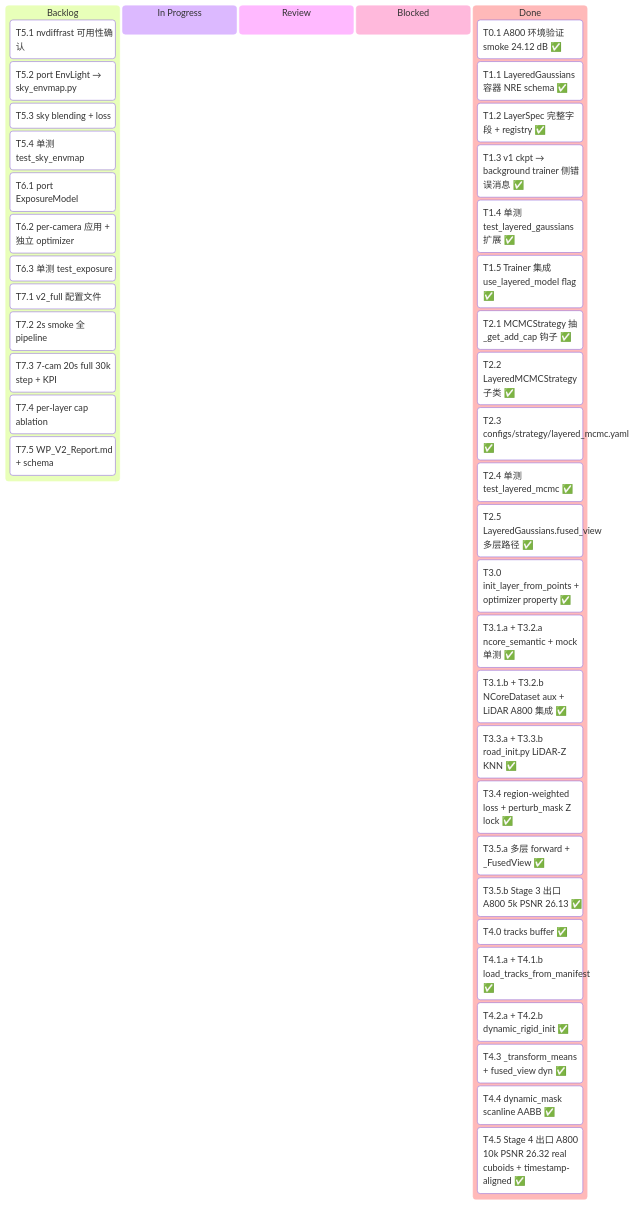
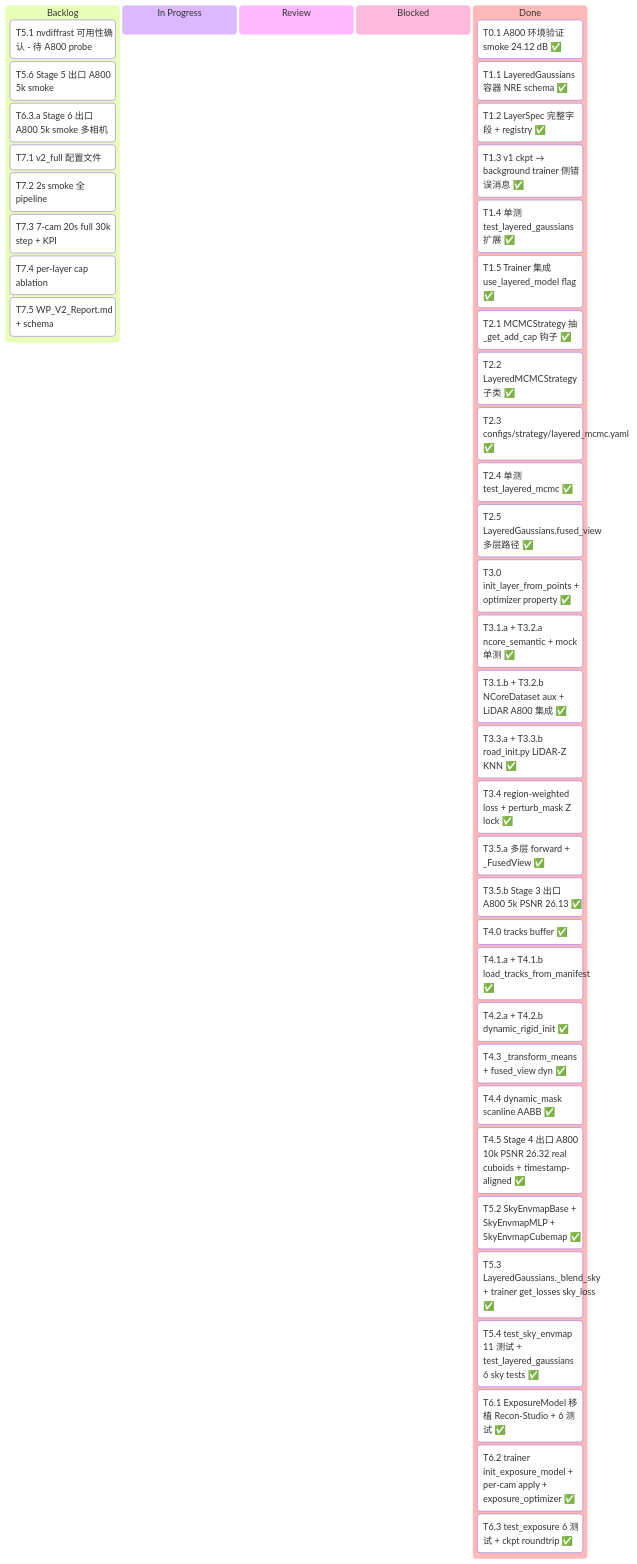
One commit to etendue/3dgrut changed the first of 3 diagrams in v2_plan.md. Above: the diagram before and after it, drawn with Mermaid. The commit also changed other lines of this file and 16 other files, not shown here.

````diff
--- a/v2_plan.md
+++ b/v2_plan.md
@@ -39,44 +39,46 @@
 ```mermaid
 kanban
   Backlog
-    [T5.1 nvdiffrast 可用性确认]
-    [T5.2 port EnvLight → sky_envmap.py]
-    [T5.3 sky blending + loss]
-    [T5.4 单测 test_sky_envmap]
-    [T6.1 port ExposureModel]
-    [T6.2 per-camera 应用 + 独立 optimizer]
-    [T6.3 单测 test_exposure]
+    [T5.1 nvdiffrast 可用性确认 - 待 A800 probe]
+    [T5.6 Stage 5 出口 A800 5k smoke]
+    [T6.3.a Stage 6 出口 A800 5k smoke 多相机]
     [T7.1 v2_full 配置文件]
     [T7.2 2s smoke 全 pipeline]
     [T7.3 7-cam 20s full 30k step + KPI]
     [T7.4 per-layer cap ablation]
     [T7.5 WP_V2_Report.md + schema]
   In Progress
   Review
   Blocked
   Done
     [T0.1 A800 环境验证 smoke 24.12 dB ✅]
     [T1.1 LayeredGaussians 容器 NRE schema ✅]
     [T1.2 LayerSpec 完整字段 + registry ✅]
     [T1.3 v1 ckpt → background trainer 侧错误消息 ✅]
     [T1.4 单测 test_layered_gaussians 扩展 ✅]
     [T1.5 Trainer 集成 use_layered_model flag ✅]
     [T2.1 MCMCStrategy 抽 _get_add_cap 钩子 ✅]
     [T2.2 LayeredMCMCStrategy 子类 ✅]
     [T2.3 configs/strategy/layered_mcmc.yaml ✅]
     [T2.4 单测 test_layered_mcmc ✅]
     [T2.5 LayeredGaussians.fused_view 多层路径 ✅]
     [T3.0 init_layer_from_points + optimizer property ✅]
     [T3.1.a + T3.2.a ncore_semantic + mock 单测 ✅]
     [T3.1.b + T3.2.b NCoreDataset aux + LiDAR A800 集成 ✅]
     [T3.3.a + T3.3.b road_init.py LiDAR-Z KNN ✅]
     [T3.4 region-weighted loss + perturb_mask Z lock ✅]
     [T3.5.a 多层 forward + _FusedView ✅]
     [T3.5.b Stage 3 出口 A800 5k PSNR 26.13 ✅]
     [T4.0 tracks buffer ✅]
     [T4.1.a + T4.1.b load_tracks_from_manifest ✅]
     [T4.2.a + T4.2.b dynamic_rigid_init ✅]
     [T4.3 _transform_means + fused_view dyn ✅]
     [T4.4 dynamic_mask scanline AABB ✅]
     [T4.5 Stage 4 出口 A800 10k PSNR 26.32 real cuboids + timestamp-aligned ✅]
+    [T5.2 SkyEnvmapBase + SkyEnvmapMLP + SkyEnvmapCubemap ✅]
+    [T5.3 LayeredGaussians._blend_sky + trainer get_losses sky_loss ✅]
+    [T5.4 test_sky_envmap 11 测试 + test_layered_gaussians 6 sky tests ✅]
+    [T6.1 ExposureModel 移植 Recon-Studio + 6 测试 ✅]
+    [T6.2 trainer init_exposure_model + per-cam apply + exposure_optimizer ✅]
+    [T6.3 test_exposure 6 测试 + ckpt roundtrip ✅]
 ```
````
